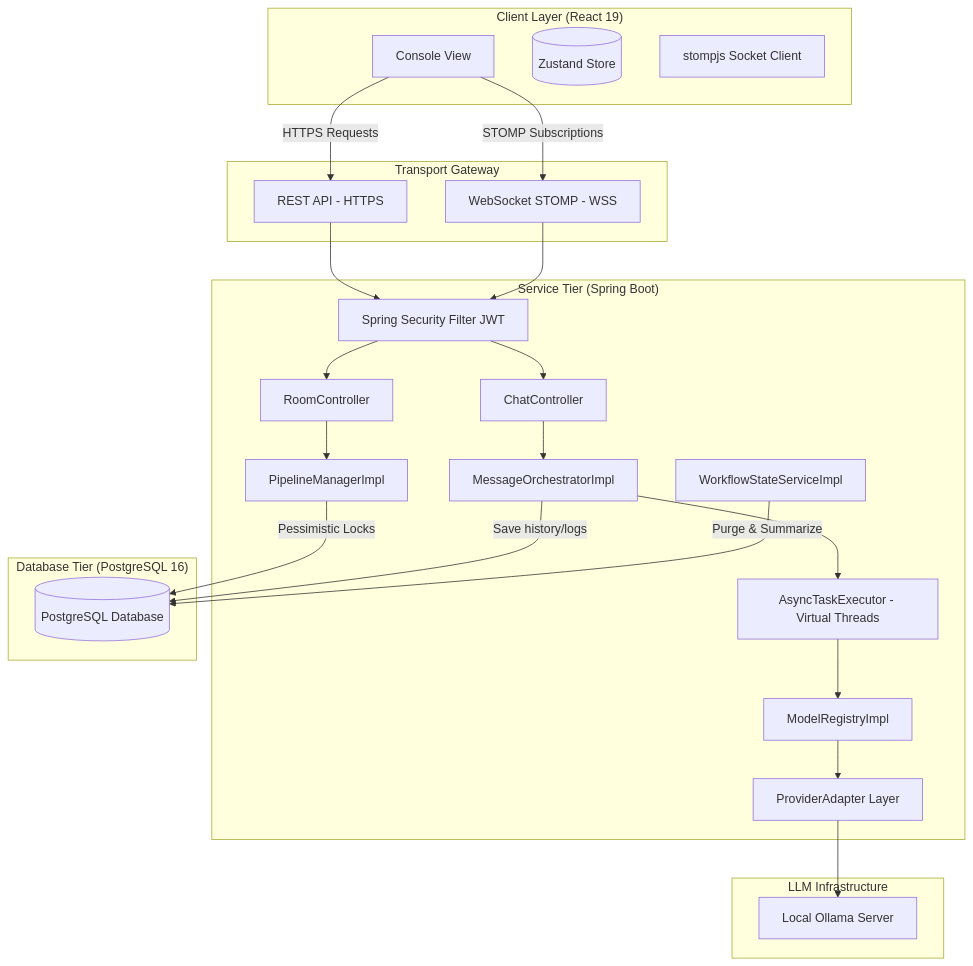
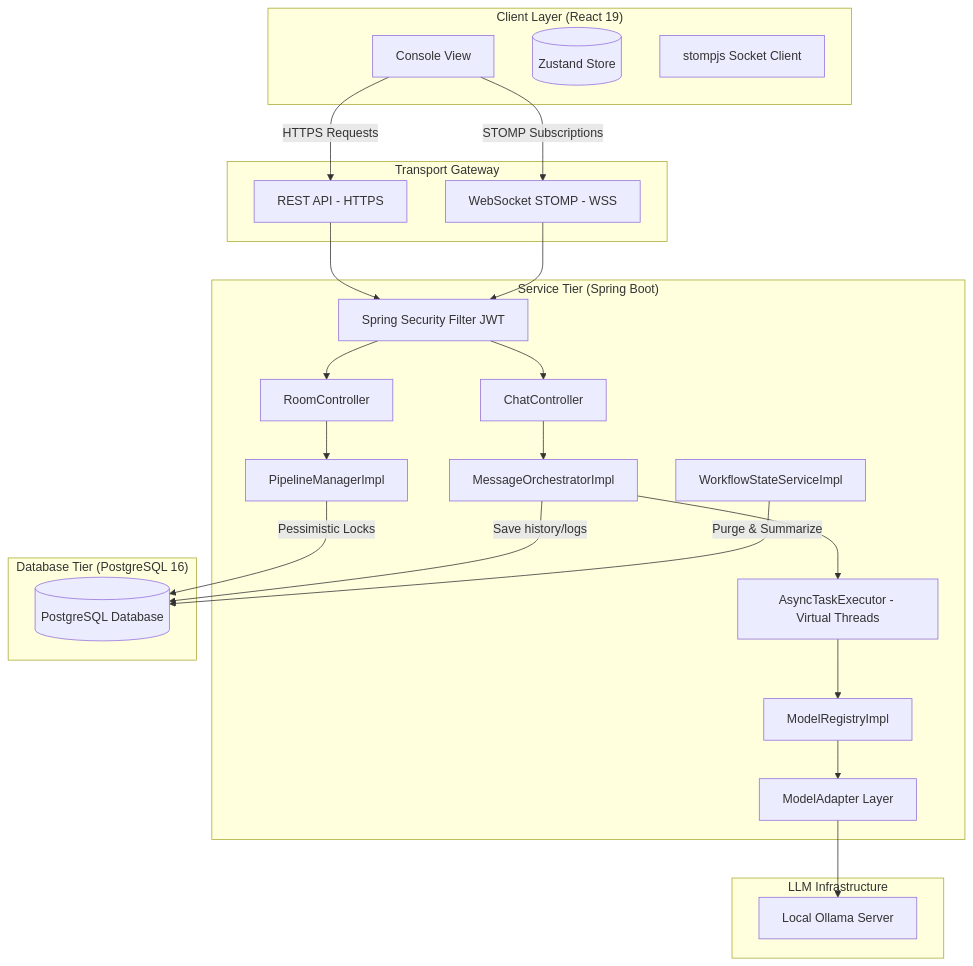
The diagram in Docs/System_Architecture.md (vaibhv19/Conclave), drawn with Mermaid before and after one commit. The commit also changed 17 other files, not shown here.

Commit message:
docs: synchronize repository terminology, diagrams, and READMEs with ModelAdapter and local Ollama model architecture

````diff
--- a/Docs/System_Architecture.md
+++ b/Docs/System_Architecture.md
@@ -11,60 +11,60 @@
 ```mermaid
 graph TB
     subgraph "Client Layer (React 19)"
         UI[Console View]
         Zustand[(Zustand Store)]
         StompJS[stompjs Socket Client]
     end
 
     subgraph "Transport Gateway"
         REST[REST API - HTTPS]
         WS[WebSocket STOMP - WSS]
     end
 
     subgraph "Service Tier (Spring Boot)"
         Security[Spring Security Filter JWT]
         RoomCtrl[RoomController]
         ChatCtrl[ChatController]
         
         Orch[MessageOrchestratorImpl]
         Pipeline[PipelineManagerImpl]
         Janitor[WorkflowStateServiceImpl]
         
         Registry[ModelRegistryImpl]
-        Adapter[ProviderAdapter Layer]
+        Adapter[ModelAdapter Layer]
         
         Executor[AsyncTaskExecutor - Virtual Threads]
     end
 
     subgraph "Database Tier (PostgreSQL 16)"
         DB[(PostgreSQL Database)]
     end
 
     subgraph "LLM Infrastructure"
         Ollama[Local Ollama Server]
     end
 
     %% Network / Protocol connections
     UI -->|HTTPS Requests| REST
     UI -->|STOMP Subscriptions| WS
     REST --> Security
     WS --> Security
     
     Security --> RoomCtrl
     Security --> ChatCtrl
 
     RoomCtrl --> Pipeline
     ChatCtrl --> Orch
 
     Orch --> Executor
     Executor --> Registry
     Registry --> Adapter
 
     %% Database writes
     Pipeline -->|Pessimistic Locks| DB
     Orch -->|Save history/logs| DB
     Janitor -->|Purge & Summarize| DB
 
     %% API Integrations
     Adapter --> Ollama
 ```
````
